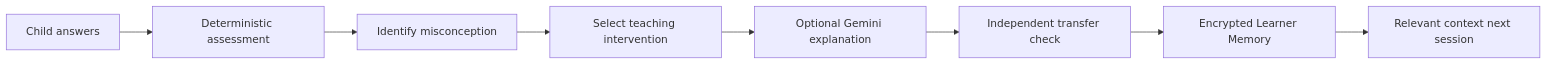
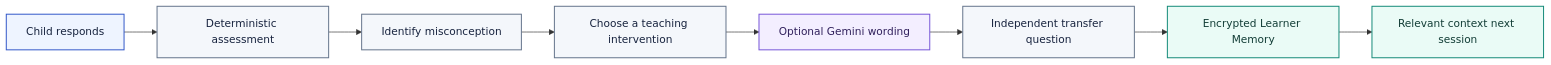
The first of 9 diagrams in README.md (inbharatai/mindcarry), drawn with Mermaid before and after one commit. The commit also changed other lines of this file, not shown here.

Commit message:
docs: redesign README with accurate architecture and privacy diagrams

````diff
--- a/README.md
+++ b/README.md
@@ -39,10 +51,20 @@
 ```mermaid
 flowchart LR
-    A[Child answers] --> B[Deterministic assessment]
-    B --> C[Identify misconception]
-    C --> D[Select teaching intervention]
-    D --> E[Optional Gemini explanation]
-    E --> F[Independent transfer check]
-    F --> G[Encrypted Learner Memory]
-    G --> H[Relevant context next session]
+    CHILD[Child responds] --> ASSESS[Deterministic assessment]
+    ASSESS --> MISCONCEPTION[Identify misconception]
+    MISCONCEPTION --> INTERVENTION[Choose a teaching intervention]
+    INTERVENTION --> EXPLAIN[Optional Gemini wording]
+    EXPLAIN --> TRANSFER[Independent transfer question]
+    TRANSFER --> MEMORY[Encrypted Learner Memory]
+    MEMORY --> NEXT[Relevant context next session]
+
+    classDef child fill:#EEF4FF,stroke:#3157C8,color:#17233E,stroke-width:1.5px;
+    classDef logic fill:#F4F7FB,stroke:#64748B,color:#17233E,stroke-width:1.5px;
+    classDef ai fill:#F3EEFF,stroke:#7655D8,color:#30205C,stroke-width:1.5px;
+    classDef memory fill:#EAFBF6,stroke:#138A78,color:#123D36,stroke-width:1.5px;
+
+    class CHILD child;
+    class ASSESS,MISCONCEPTION,INTERVENTION,TRANSFER logic;
+    class EXPLAIN ai;
+    class MEMORY,NEXT memory;
 ```
````
